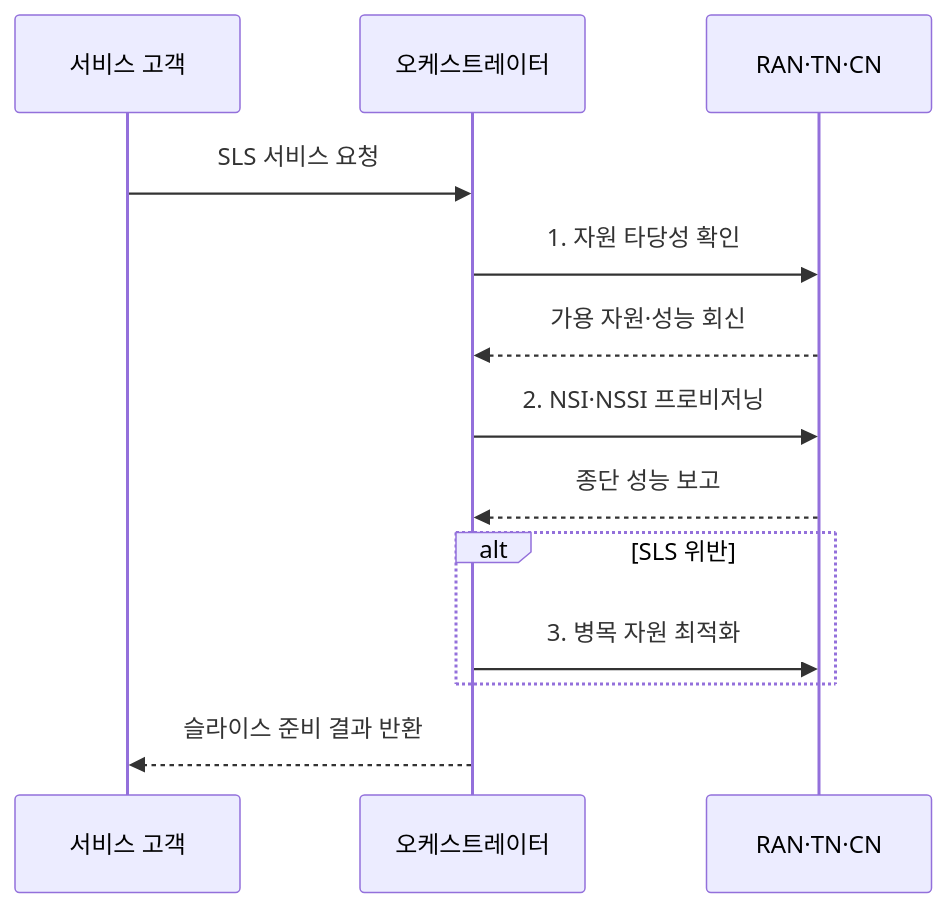
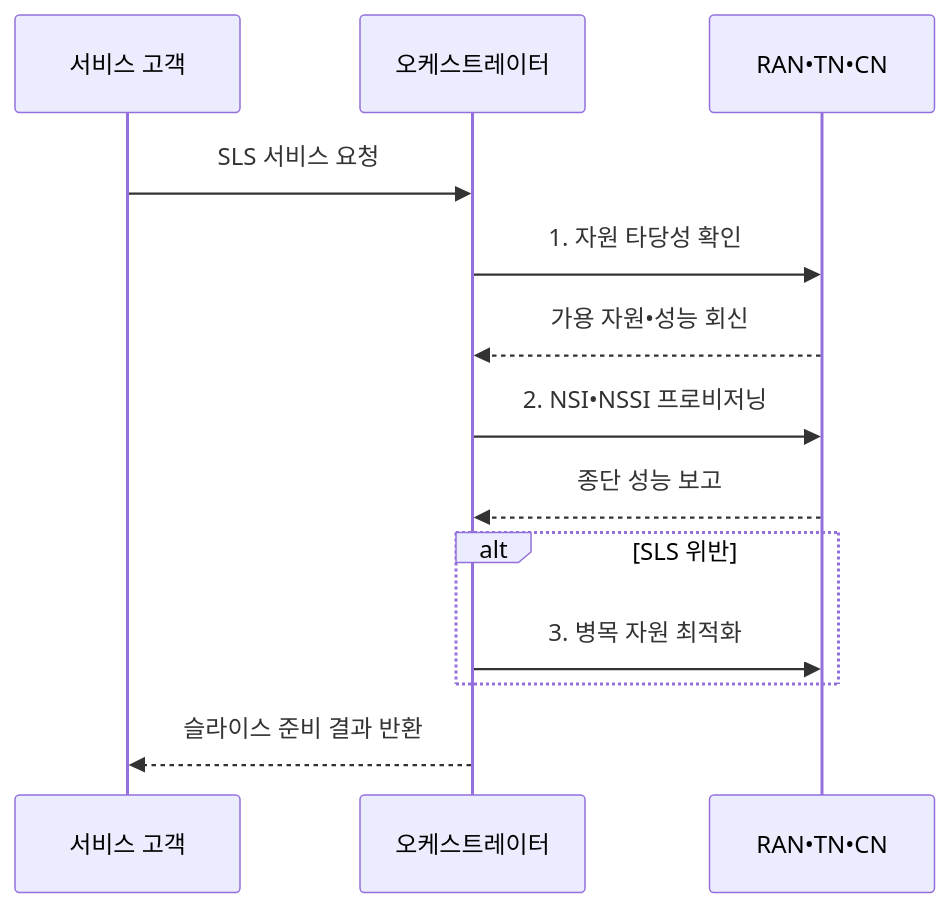
The second of 2 diagrams in src/content/docs/notes/04-network/076_network_slice_resource_management.md (agnusdei1207/knowledge-base), drawn with Mermaid before and after one commit. The commit also changed other lines of this file and 953 other files, not shown here.

````diff
--- a/src/content/docs/notes/04-network/076_network_slice_resource_management.md
+++ b/src/content/docs/notes/04-network/076_network_slice_resource_management.md
@@ -101,15 +101,15 @@
 ```mermaid
 sequenceDiagram
     participant C as 서비스 고객
     participant O as 오케스트레이터
-    participant D as RAN·TN·CN
+    participant D as RAN•TN•CN
     C->>O: SLS 서비스 요청
     O->>D: 1. 자원 타당성 확인
-    D-->>O: 가용 자원·성능 회신
-    O->>D: 2. NSI·NSSI 프로비저닝
+    D-->>O: 가용 자원•성능 회신
+    O->>D: 2. NSI•NSSI 프로비저닝
     D-->>O: 종단 성능 보고
     alt SLS 위반
         O->>D: 3. 병목 자원 최적화
     end
     O-->>C: 슬라이스 준비 결과 반환
 ```
````
